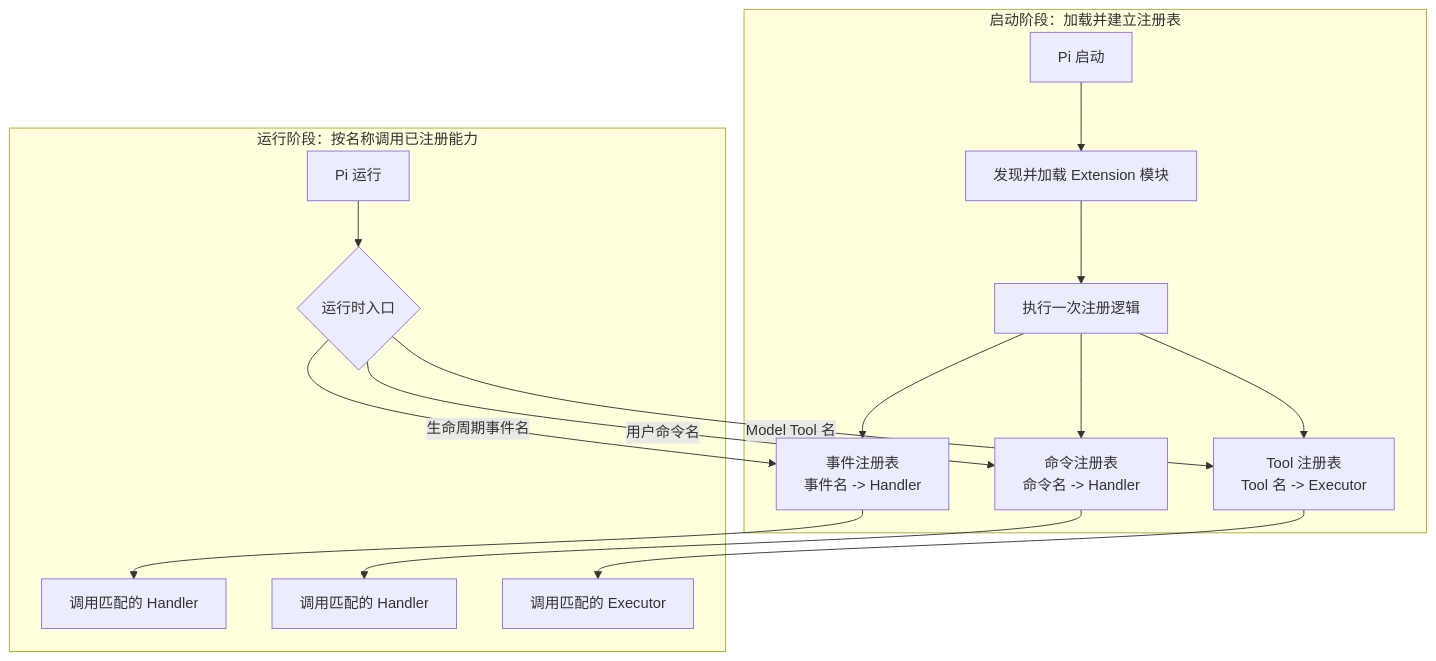
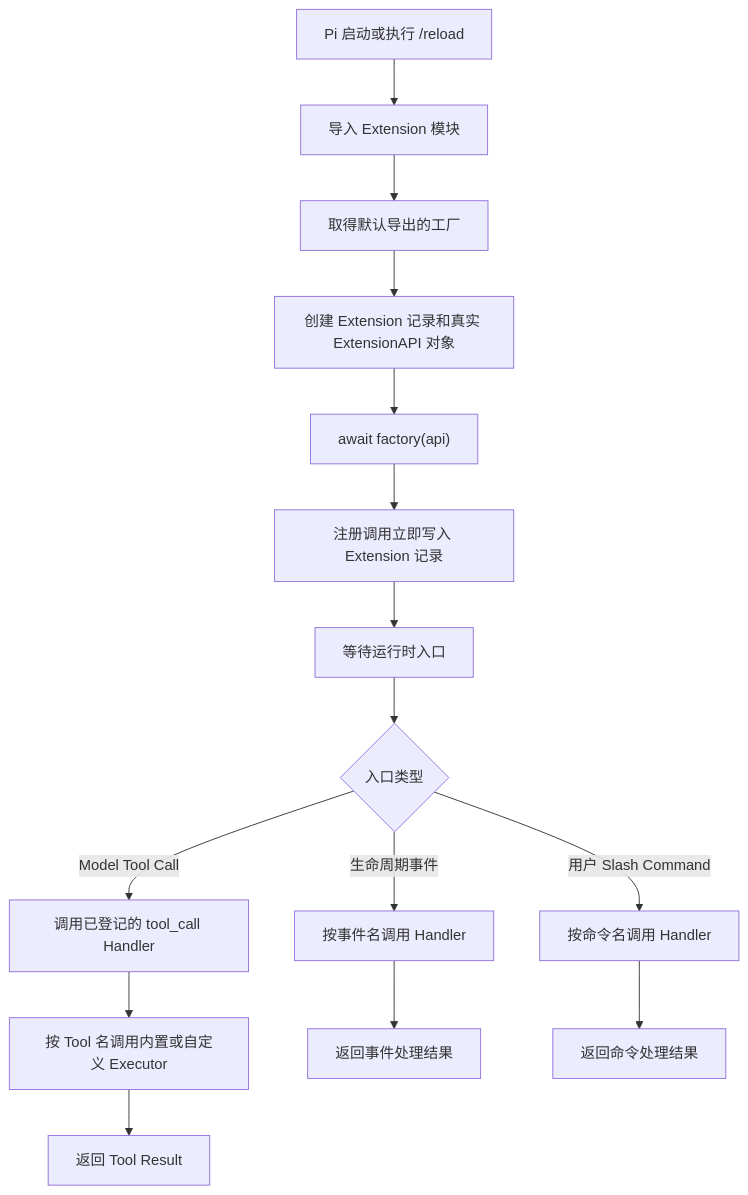
The first of 4 diagrams in docs/learning/06-extensions.md (small-xiexu/pi-study), drawn with Mermaid before and after one commit. The commit also changed other lines of this file and 14 other files, not shown here.

````diff
--- a/docs/learning/06-extensions.md
+++ b/docs/learning/06-extensions.md
@@ -50,20 +82,17 @@
 ```mermaid
 flowchart TD
-    subgraph STARTUP["启动阶段：加载并建立注册表"]
-        A["Pi 启动"] --> B["发现并加载 Extension 模块"]
-        B --> C["执行一次注册逻辑"]
-        C --> R1["事件注册表<br/>事件名 -> Handler"]
-        C --> R2["命令注册表<br/>命令名 -> Handler"]
-        C --> R3["Tool 注册表<br/>Tool 名 -> Executor"]
-    end
-
-    subgraph RUNTIME["运行阶段：按名称调用已注册能力"]
-        D["Pi 运行"] --> E{"运行时入口"}
-        E -->|"生命周期事件名"| R1
-        E -->|"用户命令名"| R2
-        E -->|"Model Tool 名"| R3
-        R1 --> H1["调用匹配的 Handler"]
-        R2 --> H2["调用匹配的 Handler"]
-        R3 --> H3["调用匹配的 Executor"]
-    end
+    A["Pi 启动或执行 /reload"] --> B["导入 Extension 模块"]
+    B --> C["取得默认导出的工厂"]
+    C --> D["创建 Extension 记录和真实 ExtensionAPI 对象"]
+    D --> E["await factory(api)"]
+    E --> F["注册调用立即写入 Extension 记录"]
+    F --> G["等待运行时入口"]
+    G --> H{"入口类型"}
+    H -->|"生命周期事件"| I["按事件名调用 Handler"]
+    H -->|"用户 Slash Command"| J["按命令名调用 Handler"]
+    H -->|"Model Tool Call"| K0["调用已登记的 tool_call Handler"]
+    K0 --> K["按 Tool 名调用内置或自定义 Executor"]
+    I --> L["返回事件处理结果"]
+    J --> M["返回命令处理结果"]
+    K --> N["返回 Tool Result"]
 ```
````
